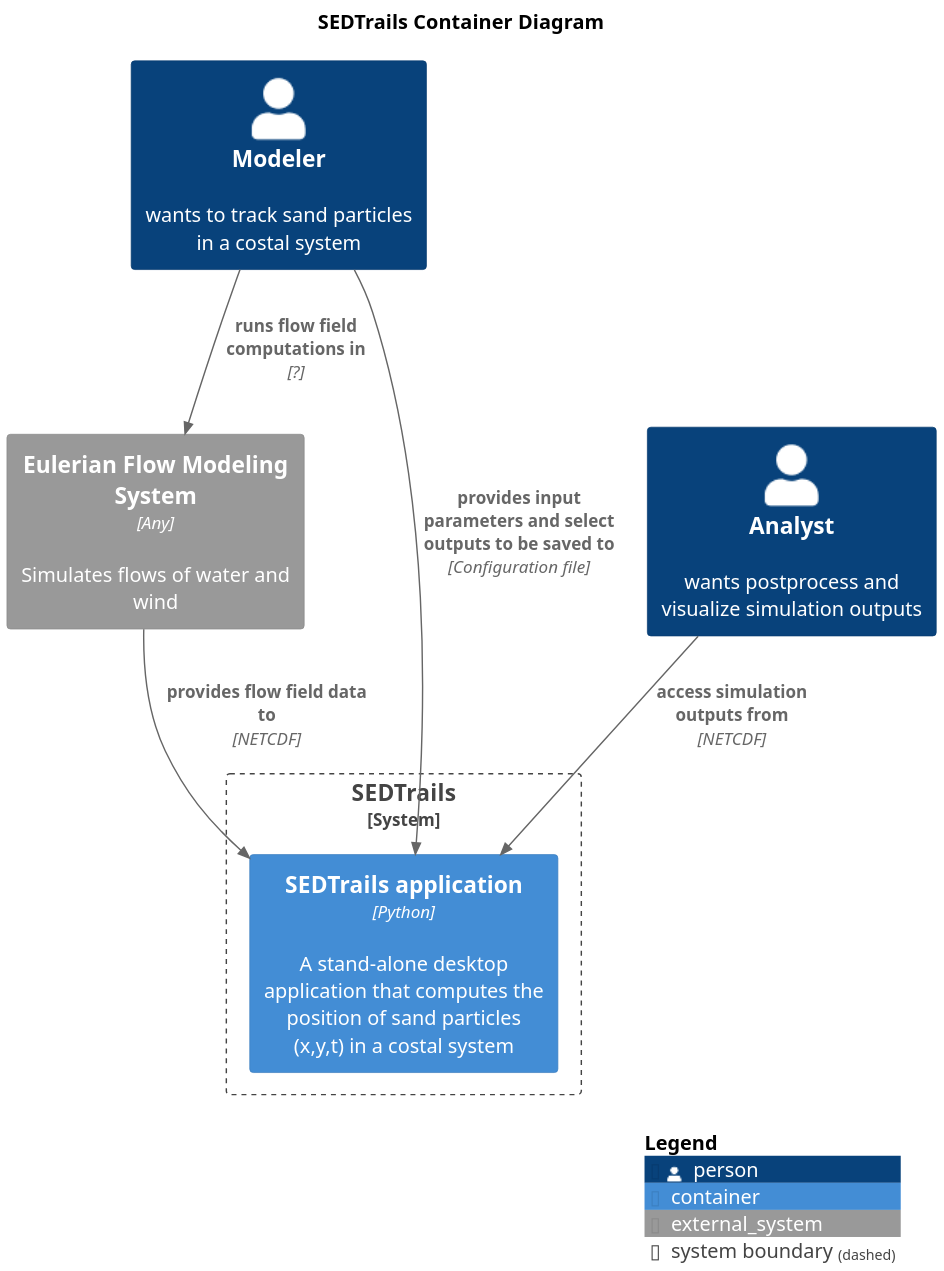
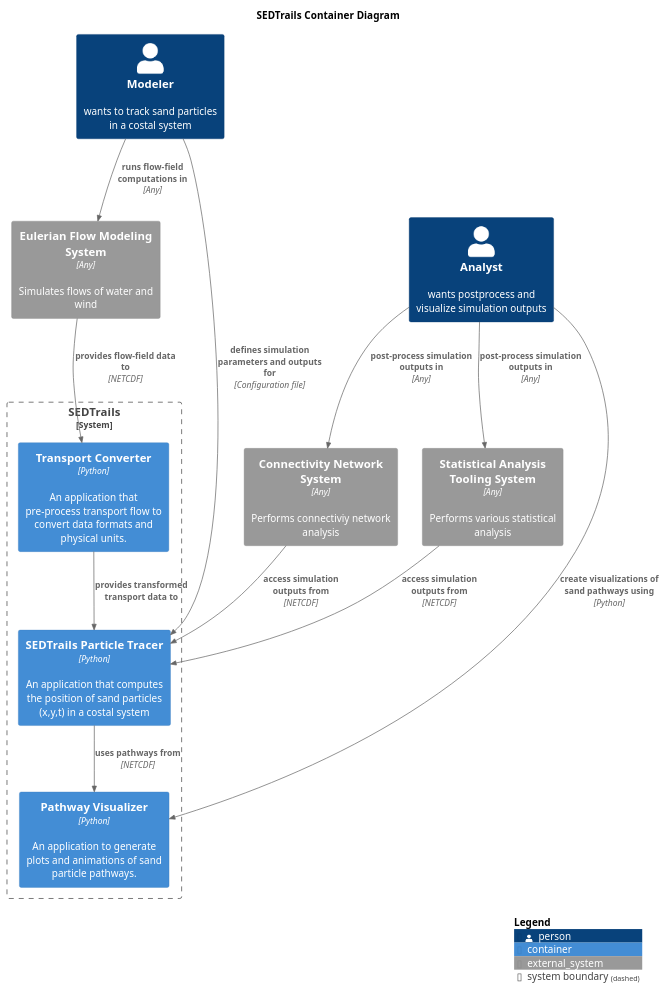
The diagram in diagrams/containers.puml (sgpearson17/sedtrails-sgp), drawn with PlantUML before and after one commit.

Commit message:
version 2.0

```diff
--- a/diagrams/containers.puml
+++ b/diagrams/containers.puml
@@ -1,24 +1,39 @@
 @startuml SedtrailContainer
 !include <C4/C4_Container>
 
 title SEDTrails Container Diagram
-scale 2
+' scale 2
 
 Person(modeler, "Modeler", "wants to track sand particles in a costal system")
 Person(analyst, "Analyst", "wants postprocess and visualize simulation outputs")
 
 System_Boundary(sedtrailsSystem, "SEDTrails"){ 
-    Container(sedtrailsApp, "SEDTrails application", "Python", "A stand-alone desktop application that computes the position of sand particles (x,y,t) in a costal system")
+    Container(sedtrailsApp, "SEDTrails Particle Tracer", "Python", "An application that computes the position of sand particles (x,y,t) in a costal system")
+    Container(transportConverter, "Transport Converter", "Python", "An application that pre-process transport flow to convert data formats and physical units.")
+    Container(pathwayVisualizer, "Pathway Visualizer", "Python", "An application to generate plots and animations of sand particle pathways.")
+    
+    Rel(transportConverter, sedtrailsApp, "provides transformed transport data to")
+    Rel(sedtrailsApp, pathwayVisualizer, "uses pathways from", "NETCDF")
+
 }
 
 System_Ext(flowSystem, "Eulerian Flow Modeling System", "Simulates flows of water and wind", $type="Any")
+System_Ext(connectivityNetworkSys, "Connectivity Network System", "Performs connectiviy network analysis", $type="Any")
+System_Ext(statisticsSys, "Statistical Analysis Tooling System", "Performs various statistical analysis", $type="Any")
 
-Rel(modeler, sedtrailsApp, "provides input parameters and select outputs to be saved to", "Configuration file")
-Rel(analyst, sedtrailsApp, "access simulation outputs from", "NETCDF")
-Rel(modeler, flowSystem, "runs flow field computations in", "?")
+Rel(modeler, sedtrailsApp, "defines simulation parameters and outputs for", "Configuration file")
+Rel(connectivityNetworkSys, sedtrailsApp, "access simulation outputs from", "NETCDF")
+Rel(statisticsSys, sedtrailsApp, "access simulation outputs from", "NETCDF")
+Rel(analyst, pathwayVisualizer, "create visualizations of sand pathways using", "Python")
+Rel(analyst, connectivityNetworkSys, "post-process simulation outputs in", "Any")
+Rel(analyst, statisticsSys, "post-process simulation outputs in", "Any")
 
-Rel(flowSystem, sedtrailsApp, "provides flow field data to ", "NETCDF")
+
+
+Rel(modeler, flowSystem, "runs flow-field computations in", "Any")
+
+Rel(flowSystem, transportConverter, "provides flow-field data to ", "NETCDF")
 
 
 SHOW_LEGEND()
 @enduml
```
